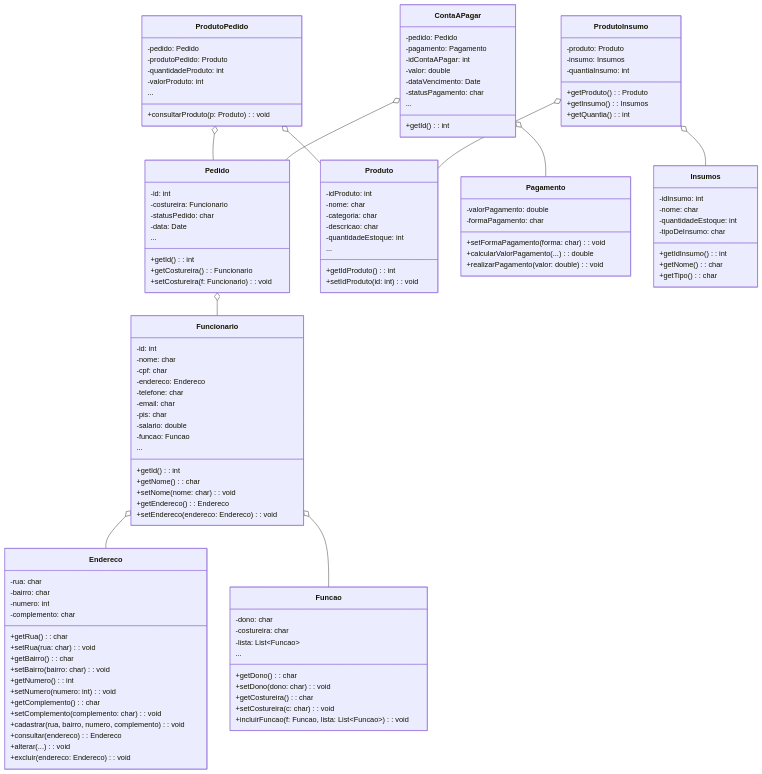
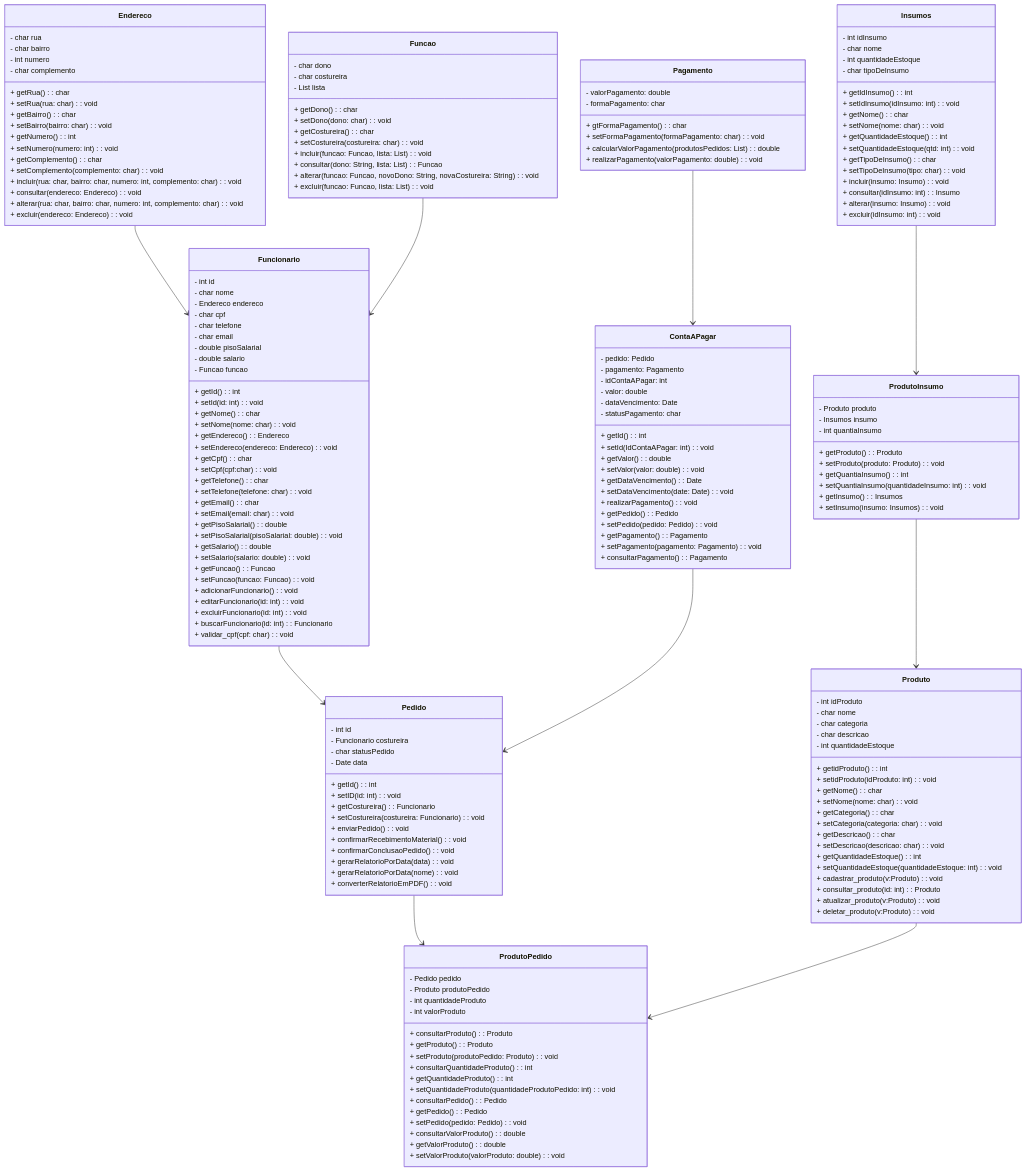
The first of 2 diagrams in docs/doc_modelos.md (mtzdantas/sistema-bonelaria), drawn with Mermaid before and after one commit. The commit also changed other lines of this file, not shown here.

Commit message:
docs: atualiza documento de modelo

````diff
--- a/docs/doc_modelos.md
+++ b/docs/doc_modelos.md
@@ -11,132 +9,200 @@
 ```mermaid
 classDiagram
+    class Endereco {
+        - char rua
+        - char bairro
+        - int numero
+        - char complemento
+        + getRua(): char
+        + setRua(rua: char): void
+        + getBairro(): char
+        + setBairro (bairro: char): void
+        + getNumero(): int
+        + setNumero (numero: int): void
+        + getComplemento(): char
+        + setComplemento (complemento: char): void
+        + incluir(rua: char, bairro: char, numero: int, complemento: char): void
+        + consultar(endereco: Endereco): void
+        + alterar(rua: char, bairro: char, numero: int, complemento: char): void
+        + excluir(endereco: Endereco): void
+    }
 
-class Endereco {
-  -rua: char
-  -bairro: char
-  -numero: int
-  -complemento: char
-  +getRua(): char
-  +setRua(rua: char): void
-  +getBairro(): char
-  +setBairro(bairro: char): void
-  +getNumero(): int
-  +setNumero(numero: int): void
-  +getComplemento(): char
-  +setComplemento(complemento: char): void
-  +cadastrar(rua, bairro, numero, complemento): void
-  +consultar(endereco): Endereco
-  +alterar(...): void
-  +excluir(endereco: Endereco): void
-}
+    class Funcionario {
+        - int id
+        - char nome
+        - Endereco endereco
+        - char cpf
+        - char telefone
+        - char email
+        - double pisoSalarial
+        - double salario
+        - Funcao funcao
+        + getId(): int
+        + setId(id: int): void
+        + getNome(): char
+        + setNome(nome: char): void
+        + getEndereco(): Endereco
+        + setEndereco(endereco: Endereco): void
+        + getCpf(): char
+        + setCpf(cpf:char): void
+        + getTelefone(): char
+        + setTelefone(telefone: char): void
+        + getEmail(): char
+        + setEmail(email: char): void
+        + getPisoSalarial(): double
+        + setPisoSalarial(pisoSalarial: double): void
+        + getSalario(): double
+        + setSalario(salario: double): void
+        + getFuncao(): Funcao
+        + setFuncao(funcao: Funcao): void
+        + adicionarFuncionario(): void
+        + editarFuncionario(id: int): void
+        + excluirFuncionario(id: int): void
+        + buscarFuncionario(id: int): Funcionario
+        + validar_cpf(cpf: char): void
+    }
 
-class Funcionario {
-  -id: int
-  -nome: char
-  -cpf: char
-  -endereco: Endereco
-  -telefone: char
-  -email: char
-  -pis: char
-  -salario: double
-  -funcao: Funcao
-  +getId(): int
-  +getNome(): char
-  +setNome(nome: char): void
-  +getEndereco(): Endereco
-  +setEndereco(endereco: Endereco): void
-  ...
-}
+    class Funcao {
+        - char dono
+        - char costureira
+        - List<Funcao> lista
+        + getDono(): char
+        + setDono(dono: char): void
+        + getCostureira(): char
+        + setCostureira(costureira: char): void
+        + incluir(funcao: Funcao, lista: List<Funcao>): void
+        + consultar(dono: String, lista: List<Funcao>): Funcao
+        + alterar(funcao: Funcao, novoDono: String, novaCostureira: String): void
+        + excluir(funcao: Funcao, lista: List<Funcao>): void
+    }
 
-class Funcao {
-  -dono: char
-  -costureira: char
-  -lista: List~Funcao~
-  +getDono(): char
-  +setDono(dono: char): void
-  +getCostureira(): char
-  +setCostureira(c: char): void
-  +incluirFuncao(f: Funcao, lista: List~Funcao~): void
-  ...
-}
+    class Pedido {
+        - int id
+        - Funcionario costureira
+        - char statusPedido
+        - Date data
+        + getId(): int
+        + setID(id: int): void
+        + getCostureira(): Funcionario
+        + setCostureira(costureira: Funcionario): void
+        + enviarPedido(): void
+        + confirmarRecebimentoMaterial(): void
+        + confirmarConclusaoPedido(): void
+        + gerarRelatorioPorData(data): void
+        + gerarRelatorioPorData(nome): void
+        + converterRelatorioEmPDF(): void
+    }
 
-class Pedido {
-  -id: int
-  -costureira: Funcionario
-  -statusPedido: char
-  -data: Date
-  +getId(): int
-  +getCostureira(): Funcionario
-  +setCostureira(f: Funcionario): void
-  ...
-}
+    class ProdutoPedido {
+        - Pedido pedido
+        - Produto produtoPedido
+        - int quantidadeProduto
+        - int valorProduto
+        + consultarProduto(): Produto
+        + getProduto(): Produto
+        + setProduto(produtoPedido: Produto): void
+        + consultarQuantidadeProduto(): int
+        + getQuantidadeProduto(): int
+        + setQuantidadeProduto(quantidadeProdutoPedido: int): void
+        + consultarPedido(): Pedido
+        + getPedido(): Pedido
+        + setPedido(pedido: Pedido): void
+        + consultarValorProduto(): double
+        + getValorProduto(): double
+        + setValorProduto(valorProduto: double): void
+    }
 
-class Produto {
-  -idProduto: int
-  -nome: char
-  -categoria: char
-  -descricao: char
-  -quantidadeEstoque: int
-  +getIdProduto(): int
-  +setIdProduto(id: int): void
-  ...
-}
+    class Produto {
+        - int idProduto
+        - char nome
+        - char categoria
+        - char descricao
+        - int quantidadeEstoque
+        + getidProduto(): int
+        + setidProduto(idProduto: int): void
+        + getNome(): char
+        + setNome(nome: char): void
+        + getCategoria(): char
+        + setCategoria(categoria: char): void
+        + getDescricao(): char
+        + setDescricao(descricao: char): void
+        + getQuantidadeEstoque(): int
+        + setQuantidadeEstoque(quantidadeEstoque: int): void
+        + cadastrar_produto(v:Produto): void
+        + consultar_produto(id: int): Produto
+        + atualizar_produto(v:Produto): void
+        + deletar_produto(v:Produto): void
+    }
 
-class ProdutoPedido {
-  -pedido: Pedido
-  -produtoPedido: Produto
-  -quantidadeProduto: int
-  -valorProduto: int
-  +consultarProduto(p: Produto): void
-  ...
-}
+    class ProdutoInsumo {
+        - Produto produto
+        - Insumos insumo
+        - int quantiaInsumo
+        + getProduto(): Produto
+        + setProduto(produto: Produto): void
+        + getQuantiaInsumo(): int
+        + setQuantiaInsumo(quantidadeInsumo: int): void
+        + getInsumo(): Insumos
+        + setInsumo(insumo: Insumos): void
+    }
 
-class ContaAPagar {
-  -pedido: Pedido
-  -pagamento: Pagamento
-  -idContaAPagar: int
-  -valor: double
-  -dataVencimento: Date
-  -statusPagamento: char
-  +getId(): int
-  ...
-}
+    class Insumos {
+        - int idInsumo
+        - char nome
+        - int quantidadeEstoque
+        - char tipoDeInsumo
+        + getIdInsumo(): int
+        + setIdInsumo(idInsumo: int): void
+        + getNome(): char
+        + setNome(nome: char): void
+        + getQuantidadeEstoque(): int
+        + setQuantidadeEstoque(qtd: int): void
+        + getTipoDeInsumo(): char
+        + setTipoDeInsumo(tipo: char): void
+        + incluir(insumo: Insumo): void
+        + consultar(idInsumo: int): Insumo
+        + alterar(insumo: Insumo): void
+        + excluir(idInsumo: int): void
+    }
 
-class Pagamento {
-  -valorPagamento: double
-  -formaPagamento: char
-  +setFormaPagamento(forma: char): void
-  +calcularValorPagamento(...): double
-  +realizarPagamento(valor: double): void
-}
+    class ContaAPagar {
+        - pedido: Pedido
+        - pagamento: Pagamento
+        - idContaAPagar: int
+        - valor: double
+        - dataVencimento: Date
+        - statusPagamento: char
+        + getId(): int
+        + setId(IdContaAPagar: int): void
+        + getValor(): double
+        + setValor(valor: double): void
+        + getDataVencimento(): Date
+        + setDataVencimento(date: Date): void
+        + realizarPagamento(): void
+        + getPedido(): Pedido
+        + setPedido(pedido: Pedido): void
+        + getPagamento(): Pagamento
+        + setPagamento(pagamento: Pagamento): void
+        + consultarPagamento(): Pagamento
+    }
 
-class ProdutoInsumo {
-  -produto: Produto
-  -insumo: Insumos
-  -quantiaInsumo: int
-  +getProduto(): Produto
-  +getInsumo(): Insumos
-  +getQuantia(): int
-}
+    class Pagamento {
+        - valorPagamento: double
+        - formaPagamento: char
+        + gtFormaPagamento(): char
+        + setFormaPagamento(formaPagamento: char): void
+        + calcularValorPagamento(produtosPedidos: List<ProdutoPedido>): double
+        + realizarPagamento(valorPagamento: double): void
+    }
 
-class Insumos {
-  -idInsumo: int
-  -nome: char
-  -quantidadeEstoque: int
-  -tipoDeInsumo: char
-  +getIdInsumo(): int
-  +getNome(): char
-  +getTipo(): char
-}
 
-Funcionario o-- Endereco
-Funcionario o-- Funcao
-Pedido o-- Funcionario
-ProdutoPedido o-- Pedido
-ProdutoPedido o-- Produto
-ContaAPagar o-- Pedido
-ContaAPagar o-- Pagamento
-ProdutoInsumo o-- Produto
-ProdutoInsumo o-- Insumos
-
+    Endereco --> Funcionario
+    Funcao --> Funcionario
+    Funcionario --> Pedido
+    Pedido --> ProdutoPedido
+    Produto --> ProdutoPedido
+    ProdutoInsumo --> Produto
+    Insumos --> ProdutoInsumo
+    ContaAPagar --> Pedido
+    Pagamento --> ContaAPagar
 ```
````
